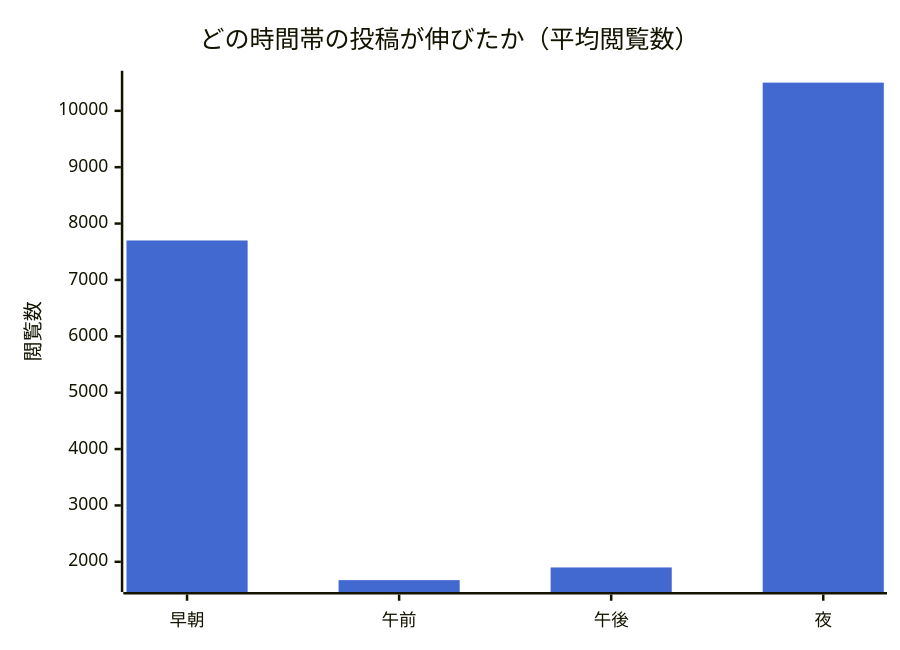
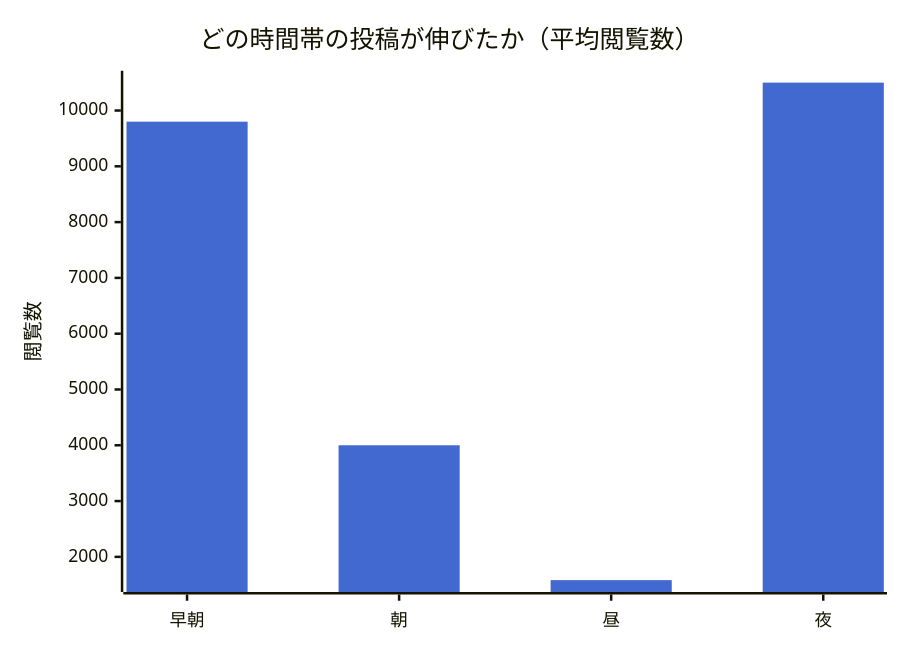
One commit to ahatae0723/visionbord changed the fourth of 6 diagrams in docs/sample_report.md. Above: the diagram before and after it, drawn with Mermaid. The commit also changed other lines of this file and 3 other files, not shown here.

````diff
--- a/docs/sample_report.md
+++ b/docs/sample_report.md
@@ -65,8 +87,8 @@
 ```mermaid
 %%{init: {"themeVariables": {"xyChart": {"plotColorPalette": "#4269d0"}}}}%%
 xychart-beta
     title "どの時間帯の投稿が伸びたか（平均閲覧数）"
-    x-axis ["早朝", "午前", "午後", "夜"]
+    x-axis ["早朝", "朝", "昼", "夜"]
     y-axis "閲覧数"
-    bar [7700, 1675, 1900, 10500]
+    bar [9800, 4000, 1583, 10500]
 ```
````
